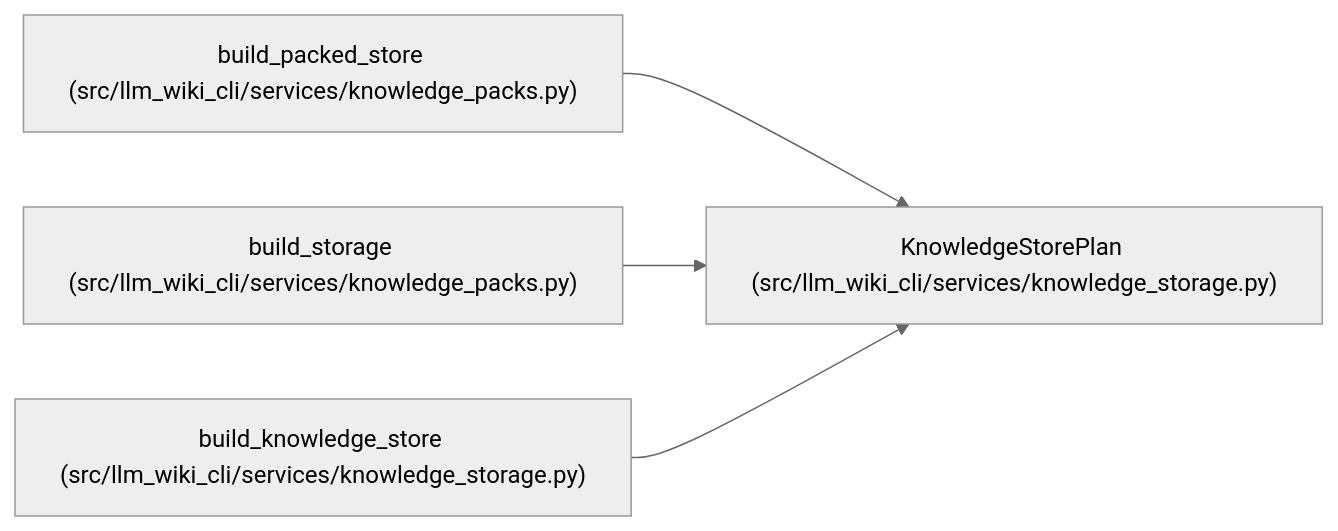
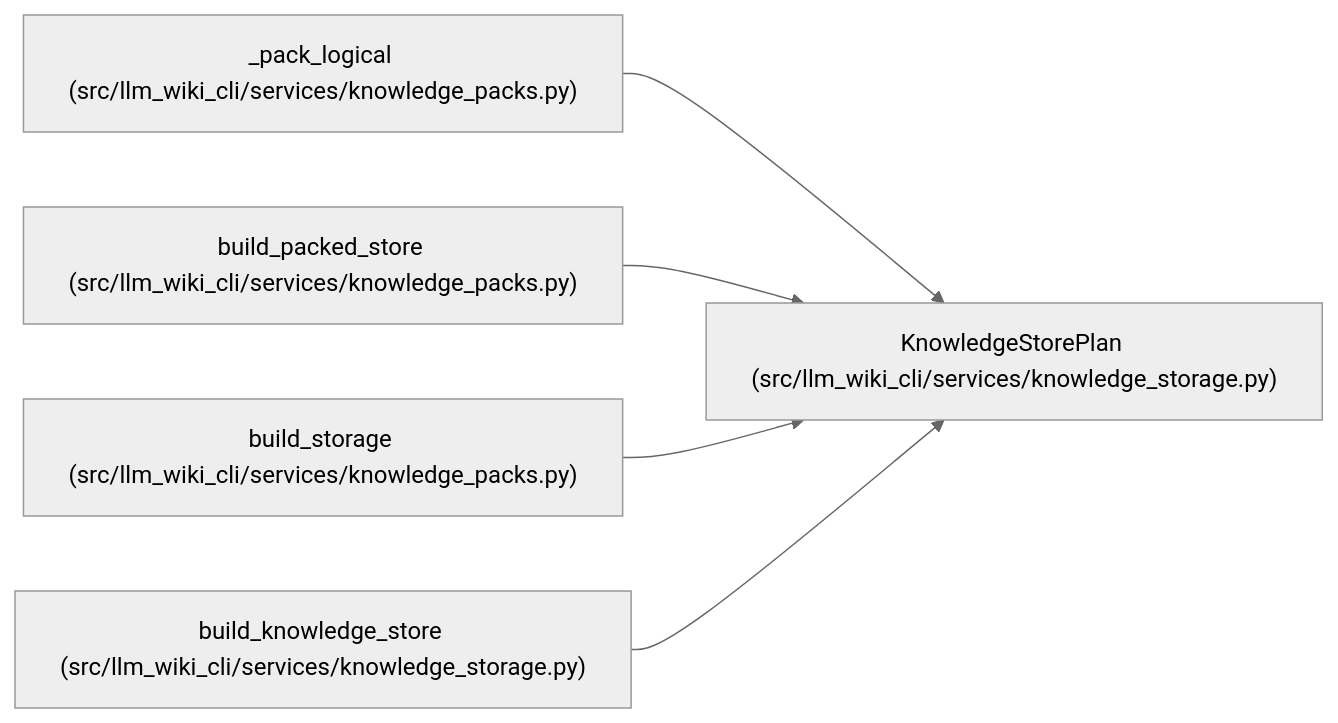
One commit to Denissvgn/python-wiki-llm changed the diagram in docs/llm_wiki/entities/KnowledgeStorePlan.md. Above: the diagram before and after it, drawn with Mermaid (neutral theme). The commit also changed other lines of this file and 476 other files, not shown here.

Commit message:
Refresh the reference wiki with bounded manifest storage

````diff
--- a/docs/llm_wiki/entities/KnowledgeStorePlan.md
+++ b/docs/llm_wiki/entities/KnowledgeStorePlan.md
@@ -29,14 +30,17 @@
 ```mermaid
 flowchart LR
     n0["KnowledgeStorePlan (src/llm_wiki_cli/services/knowledge_storage.py)"]
-    n1["build_packed_store (src/llm_wiki_cli/services/knowledge_packs.py)"]
-    n2["build_storage (src/llm_wiki_cli/services/knowledge_packs.py)"]
-    n3["build_knowledge_store (src/llm_wiki_cli/services/knowledge_storage.py)"]
+    n1["_pack_logical (src/llm_wiki_cli/services/knowledge_packs.py)"]
+    n2["build_packed_store (src/llm_wiki_cli/services/knowledge_packs.py)"]
+    n3["build_storage (src/llm_wiki_cli/services/knowledge_packs.py)"]
+    n4["build_knowledge_store (src/llm_wiki_cli/services/knowledge_storage.py)"]
     n1 --> n0
     n2 --> n0
     n3 --> n0
+    n4 --> n0
     click n0 "../modules/knowledge_storage.md"
     click n1 "../modules/knowledge_packs.md"
     click n2 "../modules/knowledge_packs.md"
-    click n3 "../modules/knowledge_storage.md"
+    click n3 "../modules/knowledge_packs.md"
+    click n4 "../modules/knowledge_storage.md"
 ```
````
